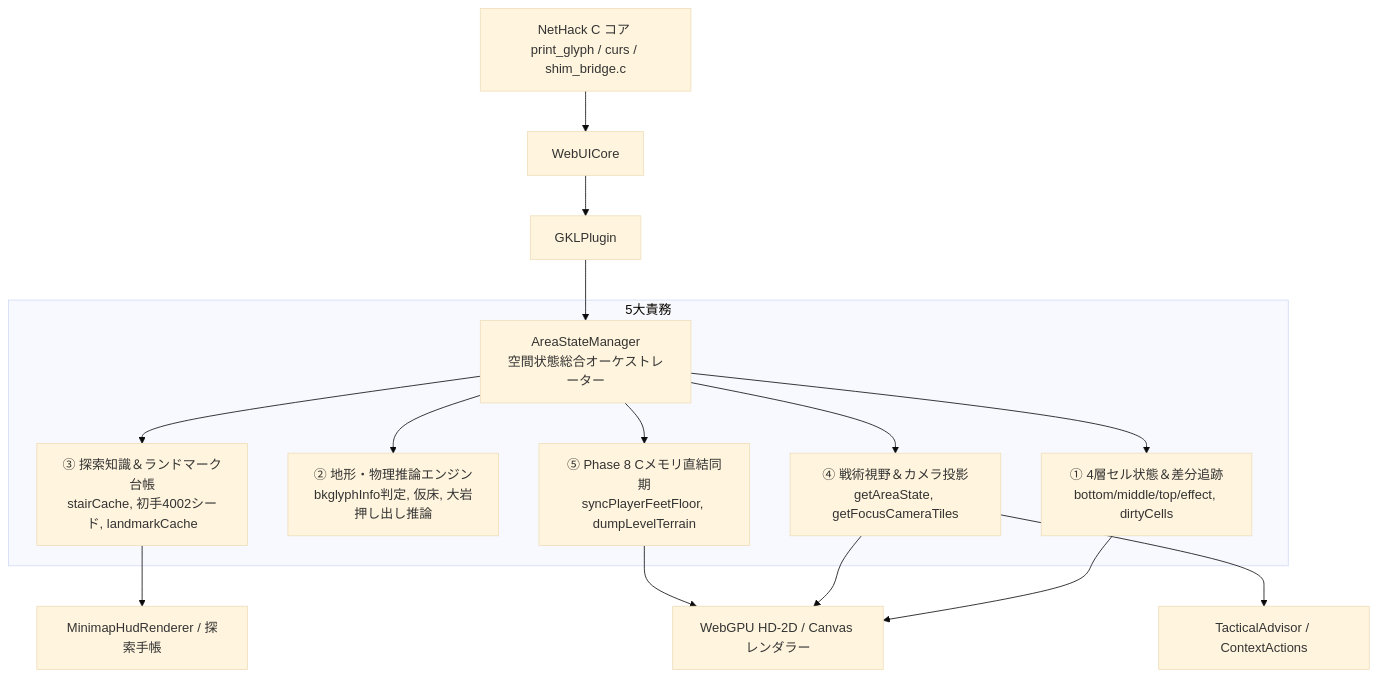
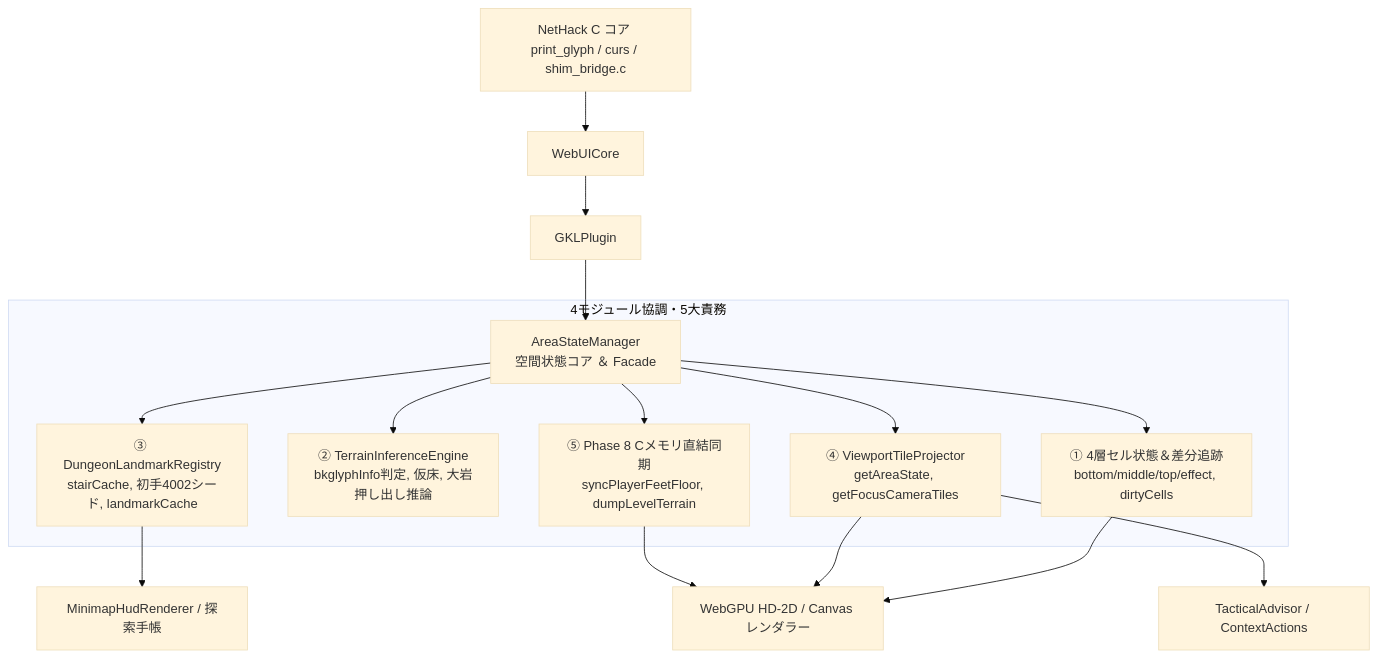
One commit to e3sh/Nethack-wasm-webUI changed the first of 3 diagrams in docs/3_gkl/AreaStateManager_Architecture_and_Specification.ja.md. Above: the diagram before and after it, drawn with Mermaid (base theme). The commit also changed other lines of this file and 8 other files, not shown here.

````diff
--- a/docs/3_gkl/AreaStateManager_Architecture_and_Specification.ja.md
+++ b/docs/3_gkl/AreaStateManager_Architecture_and_Specification.ja.md
@@ -20,18 +23,18 @@
 ```mermaid
 flowchart TD
     WASM[NetHack C コア print_glyph / curs / shim_bridge.c] --> WebUICore
     WebUICore --> GKLPlugin
-    GKLPlugin --> ASM[AreaStateManager<br>空間状態総合オーケストレーター]
+    GKLPlugin --> ASM[AreaStateManager<br>空間状態コア ＆ Facade]
     
-    subgraph Core Responsibilities [5大責務]
+    subgraph Core Responsibilities [4モジュール協調・5大責務]
         ASM --> L1[① 4層セル状態＆差分追跡<br>bottom/middle/top/effect, dirtyCells]
-        ASM --> L2[② 地形・物理推論エンジン<br>bkglyphInfo判定, 仮床, 大岩押し出し推論]
-        ASM --> L3[③ 探索知識＆ランドマーク台帳<br>stairCache, 初手4002シード, landmarkCache]
-        ASM --> L4[④ 戦術視野＆カメラ投影<br>getAreaState, getFocusCameraTiles]
+        ASM --> L2[② TerrainInferenceEngine<br>bkglyphInfo判定, 仮床, 大岩押し出し推論]
+        ASM --> L3[③ DungeonLandmarkRegistry<br>stairCache, 初手4002シード, landmarkCache]
+        ASM --> L4[④ ViewportTileProjector<br>getAreaState, getFocusCameraTiles]
         ASM --> L5[⑤ Phase 8 Cメモリ直結同期<br>syncPlayerFeetFloor, dumpLevelTerrain]
     end
     
     L1 & L4 & L5 --> Renderers[WebGPU HD-2D / Canvas レンダラー]
     L3 --> Minimap[MinimapHudRenderer / 探索手帳]
     L4 --> Advisor[TacticalAdvisor / ContextActions]
 ```
````
